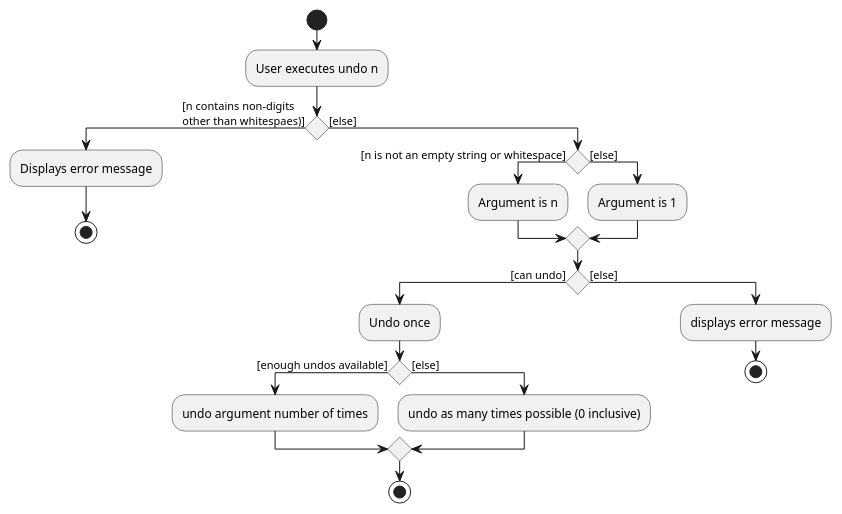
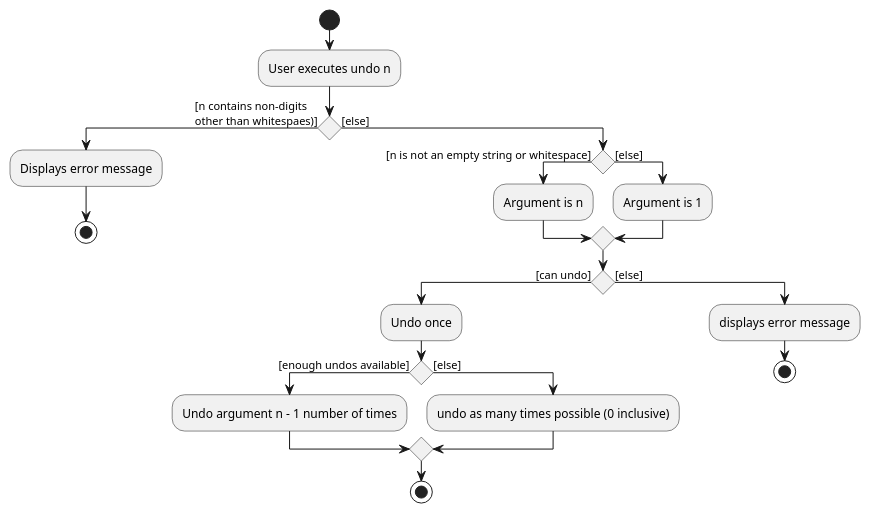
The diagram in docs/diagrams/UndoActivityDiagram.puml (nus-cs2103-AY2223S2/tp), drawn with PlantUML before and after one commit.

```diff
--- a/docs/diagrams/UndoActivityDiagram.puml
+++ b/docs/diagrams/UndoActivityDiagram.puml
@@ -1,28 +1,28 @@
 @startuml
 'https://plantuml.com/activity-diagram-beta
 
 start
 :User executes undo n;
 if () then ([n contains non-digits \nother than whitespaes)])
     :Displays error message;
     stop
 else ([else])
     if () then ([n is not an empty string or whitespace])
         :Argument is n;
     else ([else])
         :Argument is 1;
     endif
     if () then ([can undo])
         :Undo once;
         if () then ([enough undos available])
-        :undo argument number of times;
+        :Undo argument n - 1 number of times;
         else ([else])
         :undo as many times possible (0 inclusive);
         endif
         stop
     else ([else])
         :displays error message;
         stop
 
 
 @enduml
```
